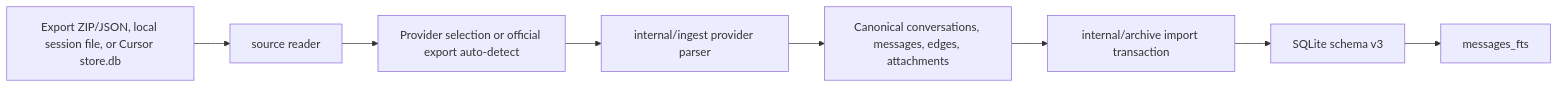
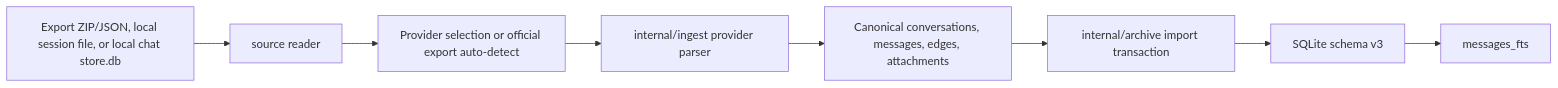
The first of 3 diagrams in docs/ARCHITECTURE.md (jamespheffernan/aicrawl), drawn with Mermaid before and after one commit. The commit also changed other lines of this file and 13 other files, not shown here.

````diff
--- a/docs/ARCHITECTURE.md
+++ b/docs/ARCHITECTURE.md
@@ -52,10 +53,10 @@
 ```mermaid
 flowchart LR
-  User["Export ZIP/JSON, local session file, or Cursor store.db"] --> Source["source reader"]
+  User["Export ZIP/JSON, local session file, or local chat store.db"] --> Source["source reader"]
   Source --> Detect["Provider selection or official export auto-detect"]
   Detect --> Parser["internal/ingest provider parser"]
   Parser --> Canonical["Canonical conversations, messages, edges, attachments"]
   Canonical --> Archive["internal/archive import transaction"]
   Archive --> SQLite["SQLite schema v3"]
   SQLite --> FTS["messages_fts"]
 ```
````
